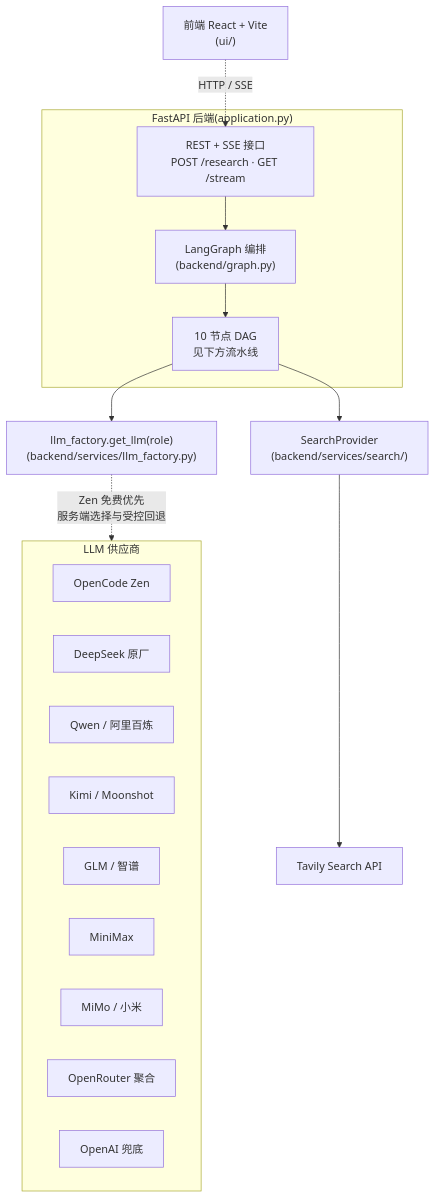
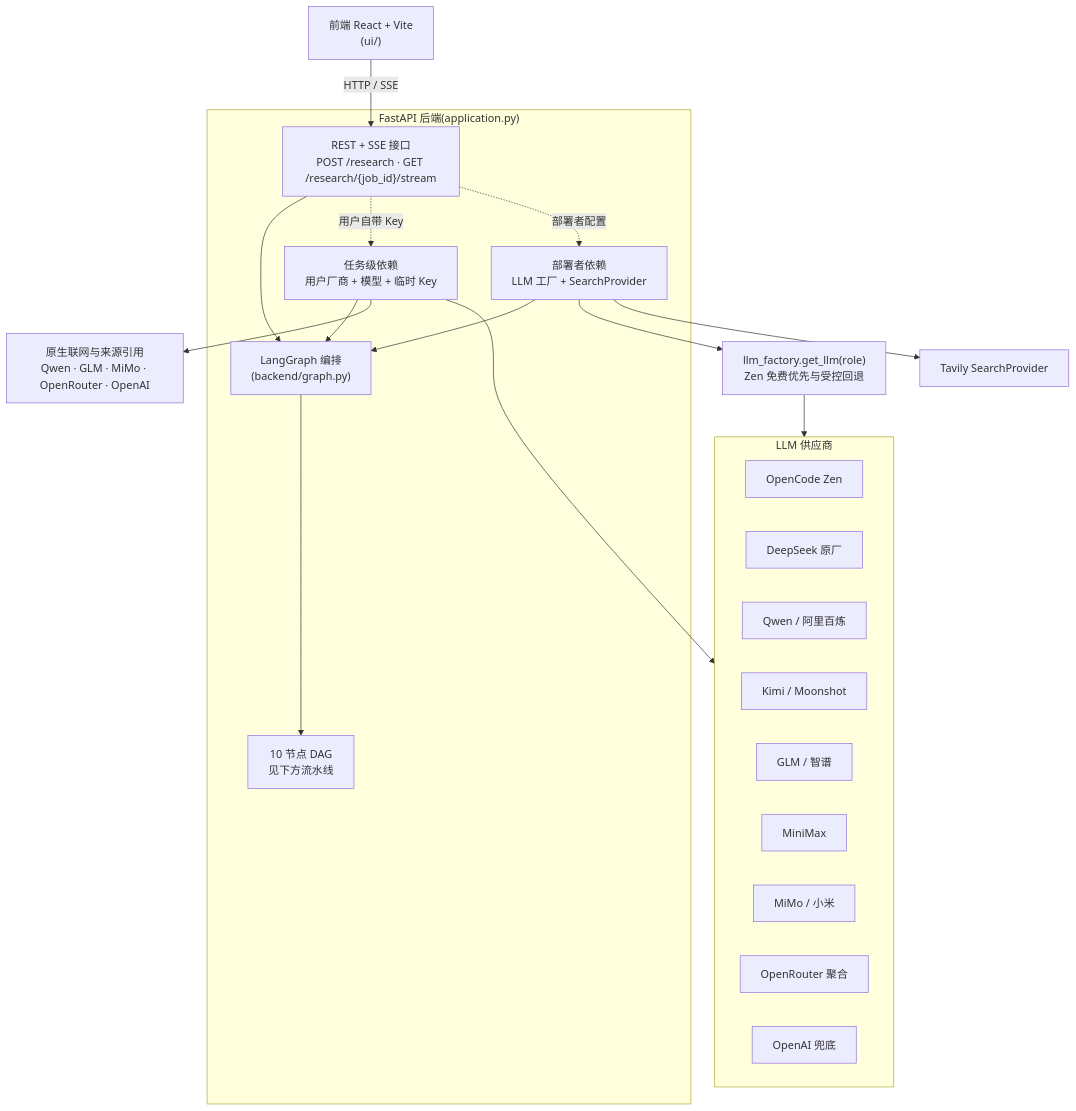
Before and after one commit to BovmantH/cn-company-research-agent: the first of 2 diagrams in README.md, drawn with Mermaid. The commit also changed other lines of this file and 1 other file, not shown here.

````diff
--- a/README.md
+++ b/README.md
@@ -59,25 +61,32 @@
 ```mermaid
 flowchart TB
-    UI["前端 React + Vite<br/>(ui/)"] -.HTTP / SSE.-> API
+    UI["前端 React + Vite<br/>(ui/)"] -- HTTP / SSE --> API
     subgraph Backend["FastAPI 后端(application.py)"]
-        API["REST + SSE 接口<br/>POST /research · GET /stream"]
+        API["REST + SSE 接口<br/>POST /research · GET /research/{job_id}/stream"]
+        ClientDeps["任务级依赖<br/>用户厂商 + 模型 + 临时 Key"]
+        ServerDeps["部署者依赖<br/>LLM 工厂 + SearchProvider"]
         Graph["LangGraph 编排<br/>(backend/graph.py)"]
         API --> Graph
+        API -.用户自带 Key.-> ClientDeps
+        API -.部署者配置.-> ServerDeps
+        ClientDeps --> Graph
+        ServerDeps --> Graph
         Graph --> Pipeline["10 节点 DAG<br/>见下方流水线"]
     end
-    Pipeline --> LLM["llm_factory.get_llm(role)<br/>(backend/services/llm_factory.py)"]
-    Pipeline --> Search["SearchProvider<br/>(backend/services/search/)"]
-    LLM -.Zen 免费优先<br/>服务端选择与受控回退.-> Vendors
-    Search --> Tavily[Tavily Search API]
+    ClientDeps --> NativeSearch["原生联网与来源引用<br/>Qwen · GLM · MiMo · OpenRouter · OpenAI"]
+    ServerDeps --> LLM["llm_factory.get_llm(role)<br/>Zen 免费优先与受控回退"]
+    ServerDeps --> Tavily["Tavily SearchProvider"]
+    ClientDeps --> Vendors
+    LLM --> Vendors
     subgraph Vendors["LLM 供应商"]
         OC[OpenCode Zen]
         D[DeepSeek 原厂]
         Q[Qwen / 阿里百炼]
         K[Kimi / Moonshot]
         G[GLM / 智谱]
         MM[MiniMax]
         M[MiMo / 小米]
         OR[OpenRouter 聚合]
         OAI[OpenAI 兜底]
     end
 ```
````
